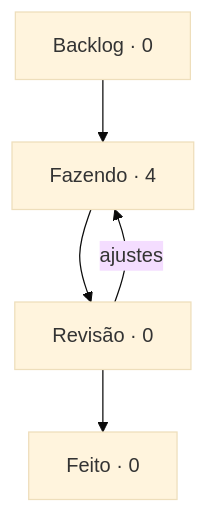
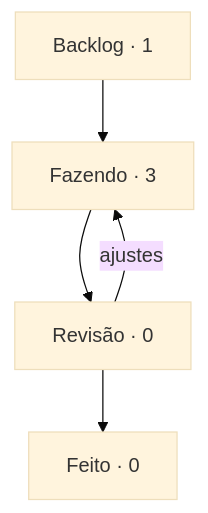
One commit to StudioVibi/VibiKanban changed the diagram in boards/harness/BOARD.md. Above: the diagram before and after it, drawn with Mermaid (base theme). The commit also changed other lines of this file and 1 other file, not shown here.

Commit message:
board: HN-4 Fazendo → Backlog (@isabellaherman)

````diff
--- a/boards/harness/BOARD.md
+++ b/boards/harness/BOARD.md
@@ -5,10 +5,10 @@
 ```mermaid
 flowchart TD
-  backlog["Backlog · 0"] --> doing["Fazendo · 4"]
+  backlog["Backlog · 1"] --> doing["Fazendo · 3"]
   doing --> review["Revisão · 0"]
   review --> done["Feito · 0"]
   review -->|ajustes| doing
   doing:::blue
   review:::yellow
   done:::green
 ```
````
